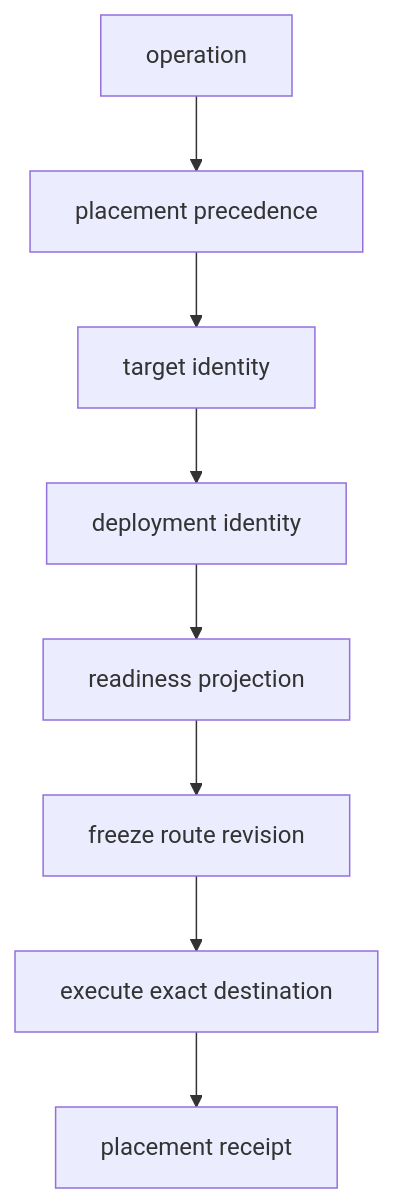
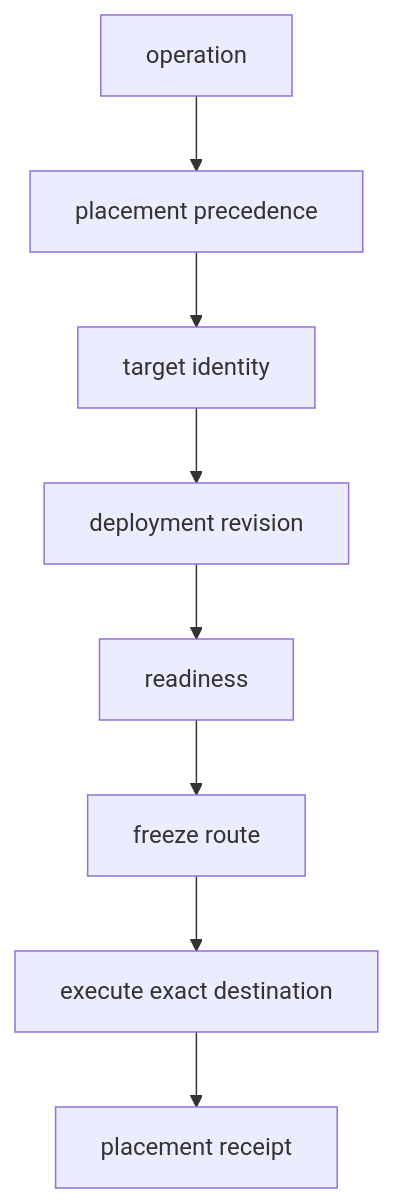
One commit to karolswdev/HoldSpeak changed the diagram in docs/EXECUTION_DESTINATIONS.md. Above: the diagram before and after it, drawn with Mermaid. The commit also changed other lines of this file and 74 other files, not shown here.

Commit message:
docs: document the agentic Desk and core work flows

````diff
--- a/docs/EXECUTION_DESTINATIONS.md
+++ b/docs/EXECUTION_DESTINATIONS.md
@@ -7,10 +9,10 @@
 ```mermaid
 flowchart TD
     A[operation] --> B[placement precedence]
     B --> C[target identity]
-    C --> D[deployment identity]
-    D --> E[readiness projection]
-    E --> F[freeze route revision]
+    C --> D[deployment revision]
+    D --> E[readiness]
+    E --> F[freeze route]
     F --> G[execute exact destination]
     G --> H[placement receipt]
 ```
````
